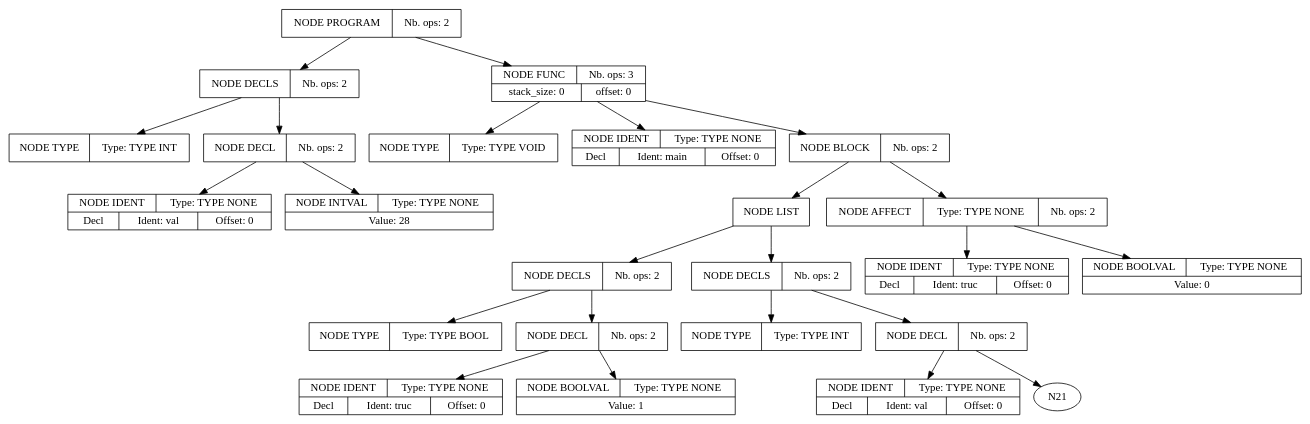
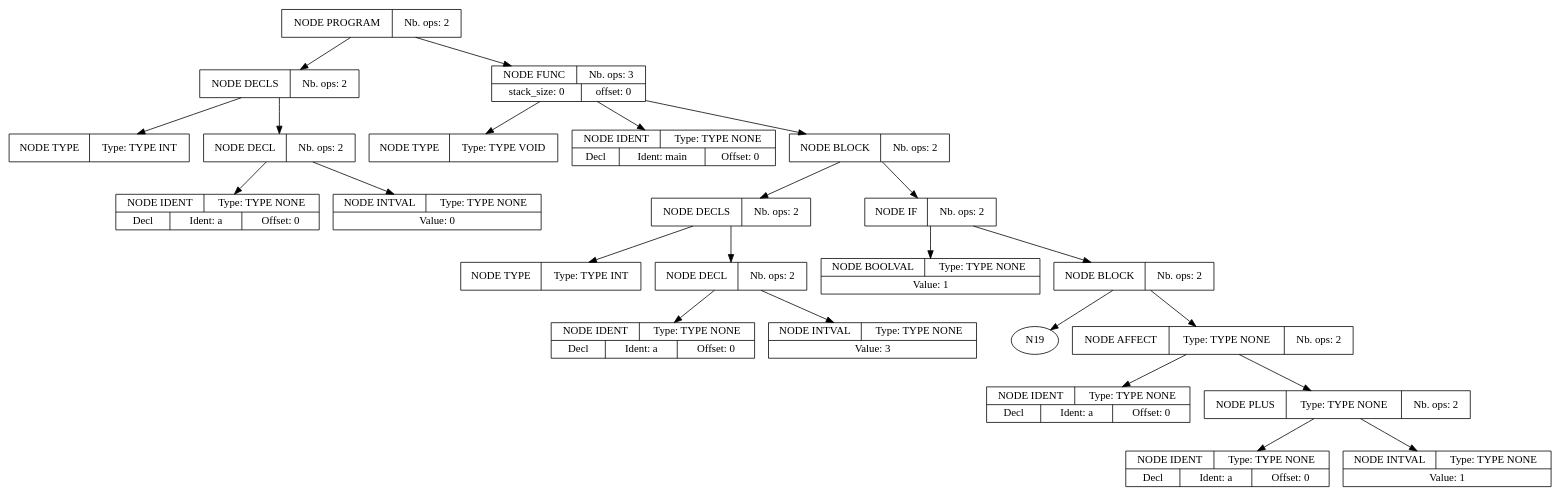
One commit to BACCARIS/Compilateur_miniC changed the diagram in src/apres_syntaxe.dot. Above: the diagram before and after it, drawn with Graphviz. The commit also changed 8 other files, not shown here.

```diff
--- a/src/apres_syntaxe.dot
+++ b/src/apres_syntaxe.dot
@@ -1,71 +1,71 @@
 digraph global_vars {
     N1 [shape=record, label="{{NODE PROGRAM|Nb. ops: 2}}"];
     N2 [shape=record, label="{{NODE DECLS|Nb. ops: 2}}"];
     N3 [shape=record, label="{{NODE TYPE|Type: TYPE INT}}"];
     edge[tailclip=true];
     N2 -> N3
     N4 [shape=record, label="{{NODE DECL|Nb. ops: 2}}"];
-    N5 [shape=record, label="{{NODE IDENT|Type: TYPE NONE}|{<decl>Decl      |Ident: val|Offset: 0}}"];
+    N5 [shape=record, label="{{NODE IDENT|Type: TYPE NONE}|{<decl>Decl      |Ident: a|Offset: 0}}"];
     edge[tailclip=true];
     N4 -> N5
-    N6 [shape=record, label="{{NODE INTVAL|Type: TYPE NONE}|{Value: 28}}"];
+    N6 [shape=record, label="{{NODE INTVAL|Type: TYPE NONE}|{Value: 0}}"];
     edge[tailclip=true];
     N4 -> N6
     edge[tailclip=true];
     N2 -> N4
     edge[tailclip=true];
     N1 -> N2
     N7 [shape=record, label="{{NODE FUNC|Nb. ops: 3}|{stack_size: 0|offset: 0}}"];
     N8 [shape=record, label="{{NODE TYPE|Type: TYPE VOID}}"];
     edge[tailclip=true];
     N7 -> N8
     N9 [shape=record, label="{{NODE IDENT|Type: TYPE NONE}|{<decl>Decl      |Ident: main|Offset: 0}}"];
     edge[tailclip=true];
     N7 -> N9
     N10 [shape=record, label="{{NODE BLOCK|Nb. ops: 2}}"];
-    N11 [shape=record, label="{{NODE LIST}}"];
-    N12 [shape=record, label="{{NODE DECLS|Nb. ops: 2}}"];
-    N13 [shape=record, label="{{NODE TYPE|Type: TYPE BOOL}}"];
-    edge[tailclip=true];
-    N12 -> N13
-    N14 [shape=record, label="{{NODE DECL|Nb. ops: 2}}"];
-    N15 [shape=record, label="{{NODE IDENT|Type: TYPE NONE}|{<decl>Decl      |Ident: truc|Offset: 0}}"];
-    edge[tailclip=true];
-    N14 -> N15
-    N16 [shape=record, label="{{NODE BOOLVAL|Type: TYPE NONE}|{Value: 1}}"];
-    edge[tailclip=true];
-    N14 -> N16
-    edge[tailclip=true];
-    N12 -> N14
+    N11 [shape=record, label="{{NODE DECLS|Nb. ops: 2}}"];
+    N12 [shape=record, label="{{NODE TYPE|Type: TYPE INT}}"];
     edge[tailclip=true];
     N11 -> N12
-    N17 [shape=record, label="{{NODE DECLS|Nb. ops: 2}}"];
-    N18 [shape=record, label="{{NODE TYPE|Type: TYPE INT}}"];
+    N13 [shape=record, label="{{NODE DECL|Nb. ops: 2}}"];
+    N14 [shape=record, label="{{NODE IDENT|Type: TYPE NONE}|{<decl>Decl      |Ident: a|Offset: 0}}"];
     edge[tailclip=true];
-    N17 -> N18
-    N19 [shape=record, label="{{NODE DECL|Nb. ops: 2}}"];
-    N20 [shape=record, label="{{NODE IDENT|Type: TYPE NONE}|{<decl>Decl      |Ident: val|Offset: 0}}"];
+    N13 -> N14
+    N15 [shape=record, label="{{NODE INTVAL|Type: TYPE NONE}|{Value: 3}}"];
     edge[tailclip=true];
-    N19 -> N20
+    N13 -> N15
     edge[tailclip=true];
-    N19 -> N21
-    edge[tailclip=true];
-    N17 -> N19
-    edge[tailclip=true];
-    N11 -> N17
+    N11 -> N13
     edge[tailclip=true];
     N10 -> N11
-    N22 [shape=record, label="{{NODE AFFECT|Type: TYPE NONE|Nb. ops: 2}}"];
-    N23 [shape=record, label="{{NODE IDENT|Type: TYPE NONE}|{<decl>Decl      |Ident: truc|Offset: 0}}"];
+    N16 [shape=record, label="{{NODE IF|Nb. ops: 2}}"];
+    N17 [shape=record, label="{{NODE BOOLVAL|Type: TYPE NONE}|{Value: 1}}"];
+    edge[tailclip=true];
+    N16 -> N17
+    N18 [shape=record, label="{{NODE BLOCK|Nb. ops: 2}}"];
+    edge[tailclip=true];
+    N18 -> N19
+    N20 [shape=record, label="{{NODE AFFECT|Type: TYPE NONE|Nb. ops: 2}}"];
+    N21 [shape=record, label="{{NODE IDENT|Type: TYPE NONE}|{<decl>Decl      |Ident: a|Offset: 0}}"];
+    edge[tailclip=true];
+    N20 -> N21
+    N22 [shape=record, label="{{NODE PLUS|Type: TYPE NONE|Nb. ops: 2}}"];
+    N23 [shape=record, label="{{NODE IDENT|Type: TYPE NONE}|{<decl>Decl      |Ident: a|Offset: 0}}"];
     edge[tailclip=true];
     N22 -> N23
-    N24 [shape=record, label="{{NODE BOOLVAL|Type: TYPE NONE}|{Value: 0}}"];
+    N24 [shape=record, label="{{NODE INTVAL|Type: TYPE NONE}|{Value: 1}}"];
     edge[tailclip=true];
     N22 -> N24
     edge[tailclip=true];
-    N10 -> N22
+    N20 -> N22
+    edge[tailclip=true];
+    N18 -> N20
+    edge[tailclip=true];
+    N16 -> N18
+    edge[tailclip=true];
+    N10 -> N16
     edge[tailclip=true];
     N7 -> N10
     edge[tailclip=true];
     N1 -> N7
 }
```
